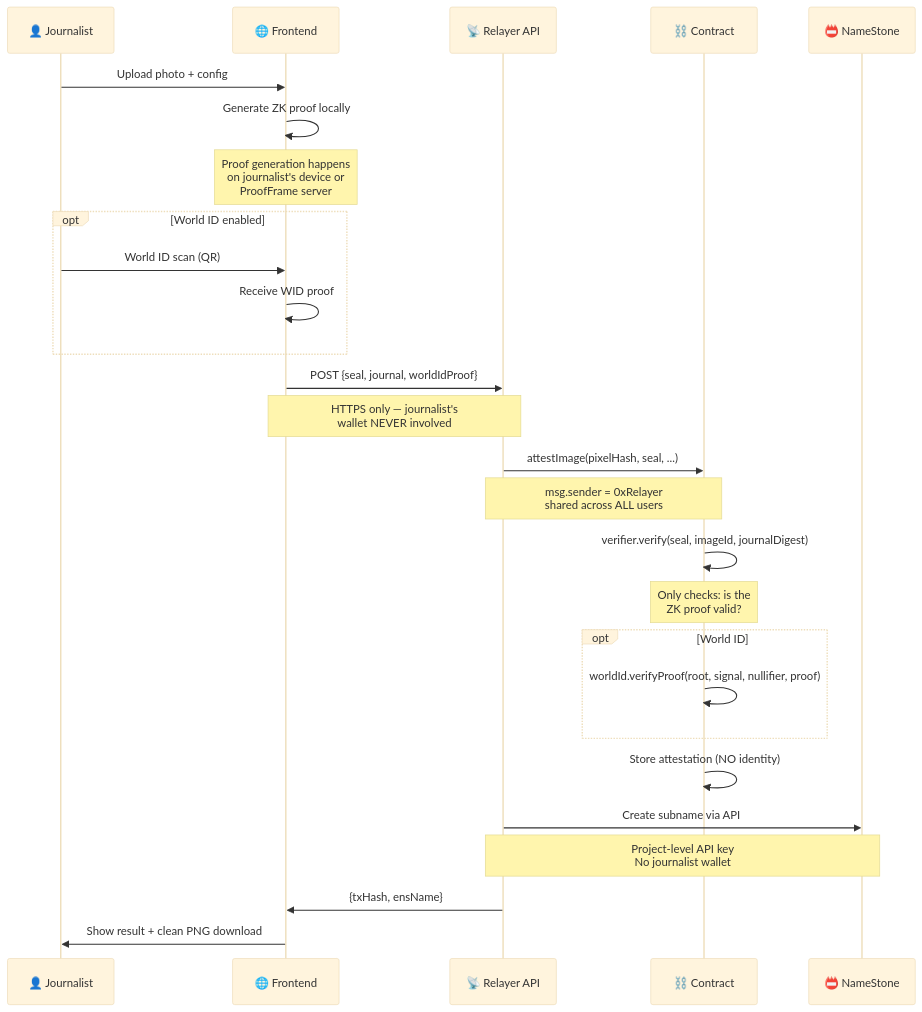
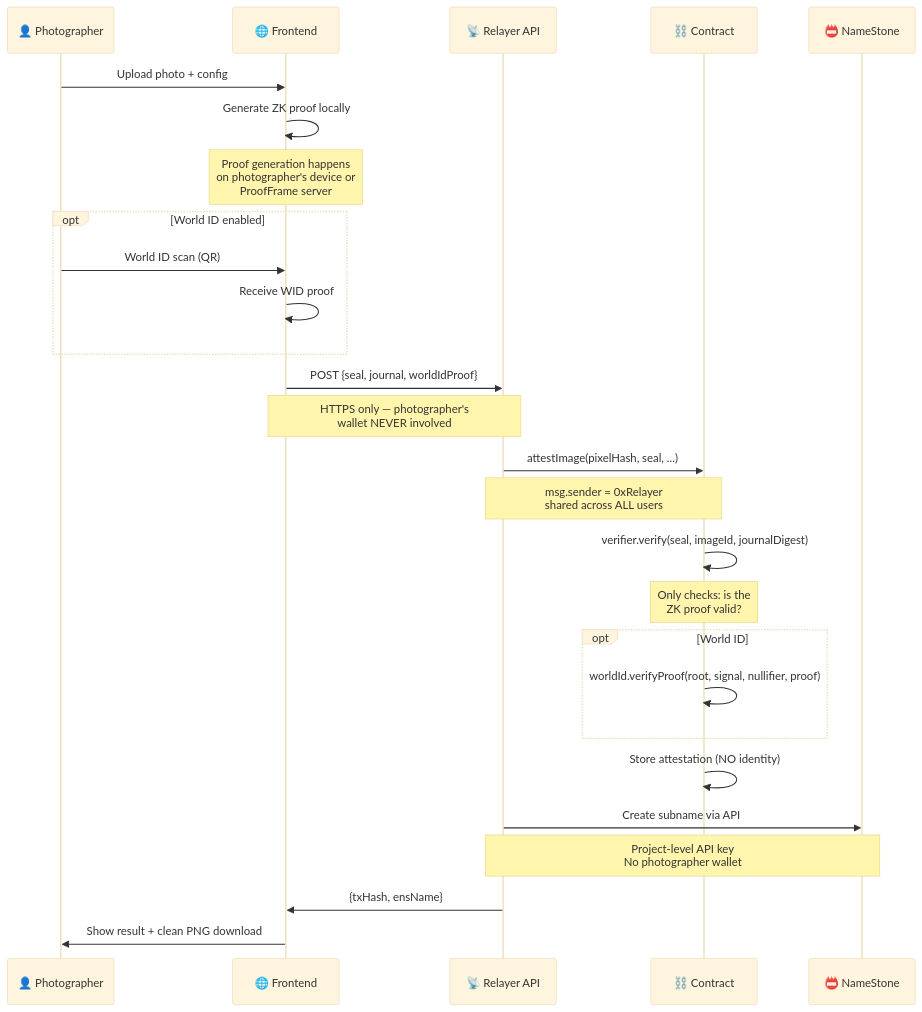
The seventh of 13 diagrams in docs/DIAGRAMS.md (pycckuu/proof-frame), drawn with Mermaid (base theme) before and after one commit. The commit also changed other lines of this file and 26 other files, not shown here.

````diff
--- a/docs/DIAGRAMS.md
+++ b/docs/DIAGRAMS.md
@@ -269,38 +269,38 @@
 ```mermaid
 sequenceDiagram
-    participant J as 👤 Journalist
+    participant J as 👤 Photographer
     participant F as 🌐 Frontend
     participant R as 📡 Relayer API
     participant C as ⛓️ Contract
     participant N as 📛 NameStone
 
     J->>F: Upload photo + config
     F->>F: Generate ZK proof locally
-    Note over F: Proof generation happens<br/>on journalist's device or<br/>ProofFrame server
+    Note over F: Proof generation happens<br/>on photographer's device or<br/>ProofFrame server
 
     opt World ID enabled
         J->>F: World ID scan (QR)
         F->>F: Receive WID proof
     end
 
     F->>R: POST {seal, journal, worldIdProof}
-    Note over F,R: HTTPS only — journalist's<br/>wallet NEVER involved
+    Note over F,R: HTTPS only — photographer's<br/>wallet NEVER involved
 
     R->>C: attestImage(pixelHash, seal, ...)
     Note over R,C: msg.sender = 0xRelayer<br/>shared across ALL users
 
     C->>C: verifier.verify(seal, imageId, journalDigest)
     Note over C: Only checks: is the<br/>ZK proof valid?
 
     opt World ID
         C->>C: worldId.verifyProof(root, signal, nullifier, proof)
     end
 
     C->>C: Store attestation (NO identity)
 
     R->>N: Create subname via API
-    Note over R,N: Project-level API key<br/>No journalist wallet
+    Note over R,N: Project-level API key<br/>No photographer wallet
 
     R->>F: {txHash, ensName}
     F->>J: Show result + clean PNG download
 ```
````
